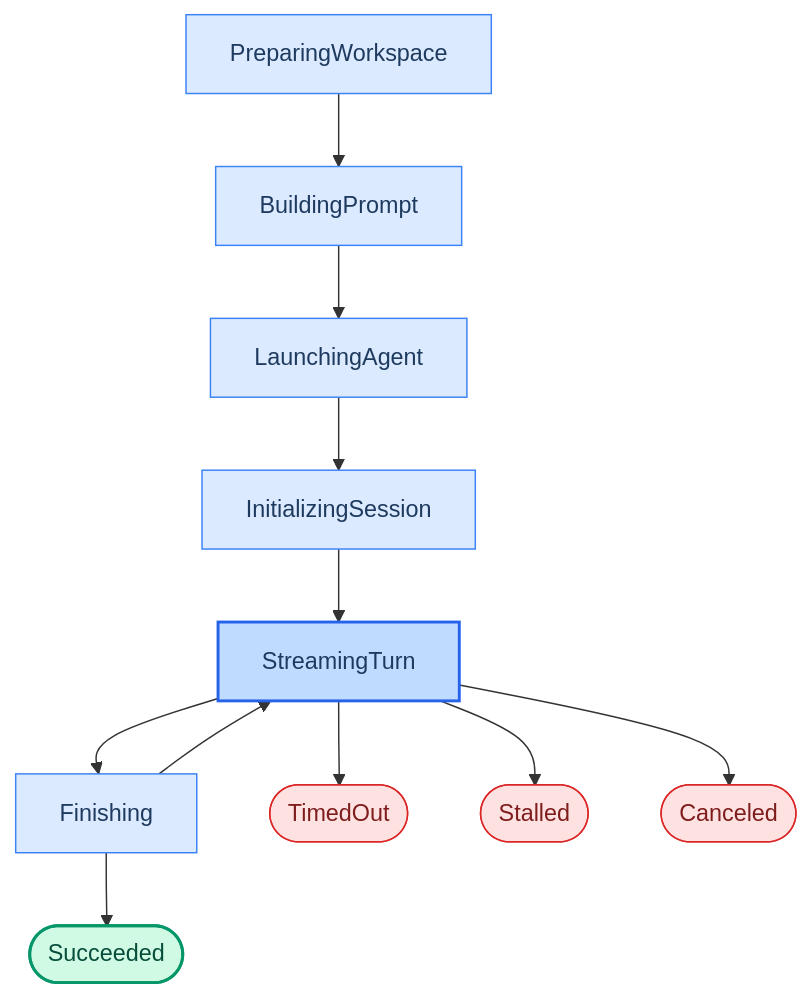
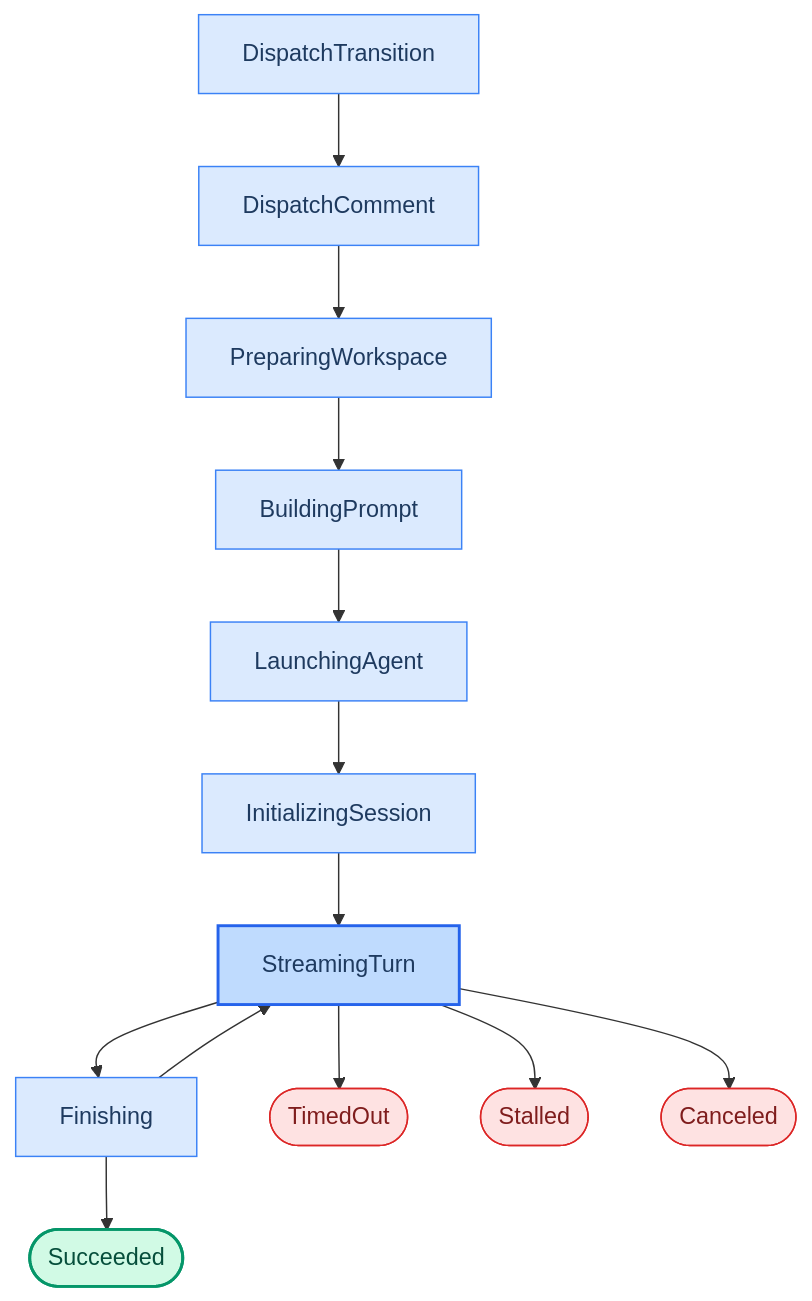
Before and after one commit to sortie-ai/docs: the second of 2 diagrams in docs/reference/state-machine.md, drawn with Mermaid. The commit also changed other lines of this file and 4 other files, not shown here.

````diff
--- a/docs/reference/state-machine.md
+++ b/docs/reference/state-machine.md
@@ -96,25 +98,27 @@
 ```mermaid
 flowchart TD
-    PW[PreparingWorkspace] --> BP[BuildingPrompt]
+    DT[DispatchTransition] --> DC[DispatchComment]
+    DC --> PW[PreparingWorkspace]
+    PW --> BP[BuildingPrompt]
     BP --> LA[LaunchingAgent]
     LA --> IS[InitializingSession]
     IS --> ST[StreamingTurn]
     ST --> FN[Finishing]
 
     FN --> ST
     FN --> OK([Succeeded])
 
     ST --> TO([TimedOut])
     ST --> SL([Stalled])
     ST --> CR([Canceled])
 
     classDef phase fill:#dbeafe,stroke:#3b82f6,color:#1e3a5f
     classDef active fill:#bfdbfe,stroke:#2563eb,color:#1e3a5f,stroke-width:2px
     classDef success fill:#d1fae5,stroke:#059669,color:#064e3b,stroke-width:2px
     classDef failure fill:#fee2e2,stroke:#dc2626,color:#7f1d1d
 
-    class PW,BP,LA,IS,FN phase
+    class DT,DC,PW,BP,LA,IS,FN phase
     class ST active
     class OK success
     class TO,SL,CR failure
 ```
````
